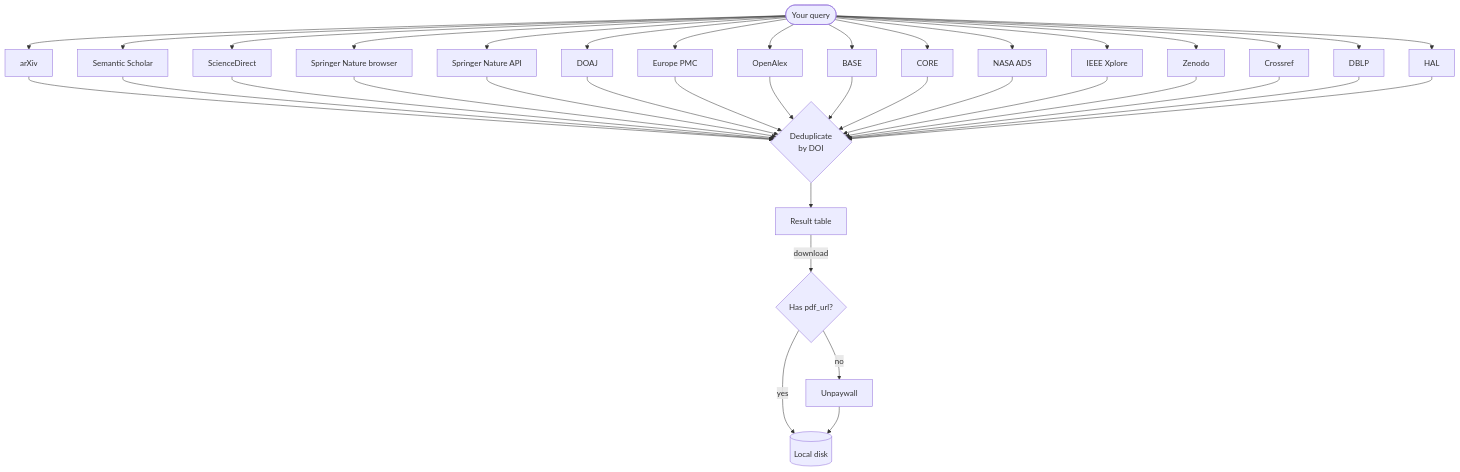
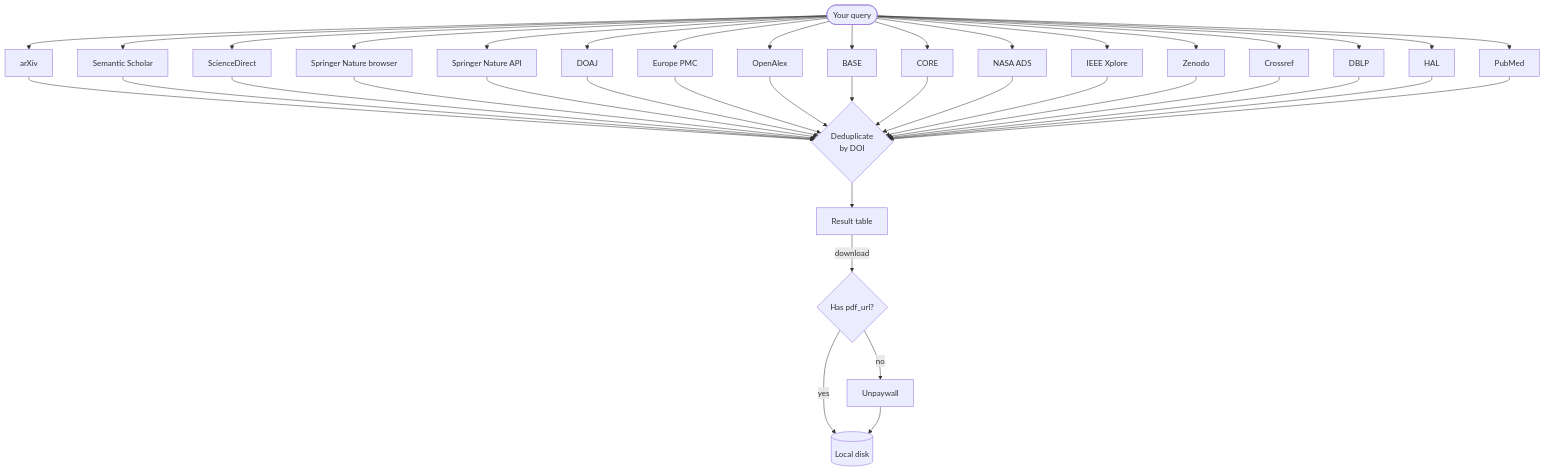
One commit to szaghi/mosaic changed the diagram in docs/guide/sources.md. Above: the diagram before and after it, drawn with Mermaid. The commit also changed other lines of this file and 11 other files, not shown here.

First line of the commit message:
feat(sources): add PubMed search source via NCBI E-utilities

````diff
--- a/docs/guide/sources.md
+++ b/docs/guide/sources.md
@@ -9,25 +9,26 @@
 ```mermaid
 flowchart TD
     Q([Your query]) --> A[arXiv]
     Q --> B[Semantic Scholar]
     Q --> C[ScienceDirect]
     Q --> SP[Springer Nature browser]
     Q --> SPN[Springer Nature API]
     Q --> D[DOAJ]
     Q --> E[Europe PMC]
     Q --> F[OpenAlex]
     Q --> G[BASE]
     Q --> H[CORE]
     Q --> N[NASA ADS]
     Q --> IEEE[IEEE Xplore]
     Q --> Z[Zenodo]
     Q --> CR[Crossref]
     Q --> DBLP[DBLP]
     Q --> HAL[HAL]
-    A & B & C & SP & SPN & D & E & F & G & H & N & IEEE & Z & CR & DBLP & HAL --> I{Deduplicate\nby DOI}
+    Q --> PM[PubMed]
+    A & B & C & SP & SPN & D & E & F & G & H & N & IEEE & Z & CR & DBLP & HAL & PM --> I{Deduplicate\nby DOI}
     I --> J[Result table]
     J -->|download| K{Has pdf_url?}
     K -- yes --> L[(Local disk)]
     K -- no --> M[Unpaywall]
     M --> L
 ```
````
